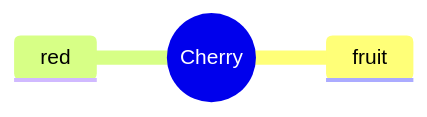
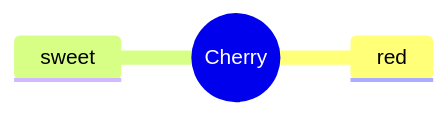
One commit to rgaiacs/dra-ttt-didactics-lesson changed the fourth of 10 diagrams in index.qmd. Above: the diagram before and after it, drawn with Mermaid. The commit also changed other lines of this file, not shown here.

````diff
--- a/index.qmd
+++ b/index.qmd
@@ -82,6 +84,6 @@
 ```{mermaid}
 mindmap
   root((Cherry))
-    fruit
     red
+    sweet
 ```
````
